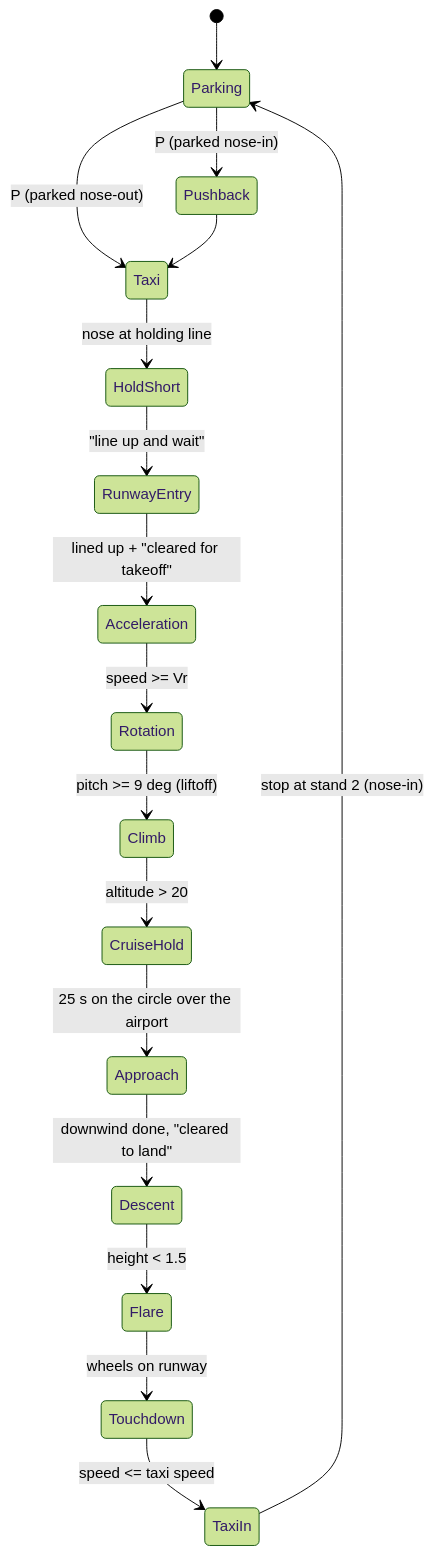
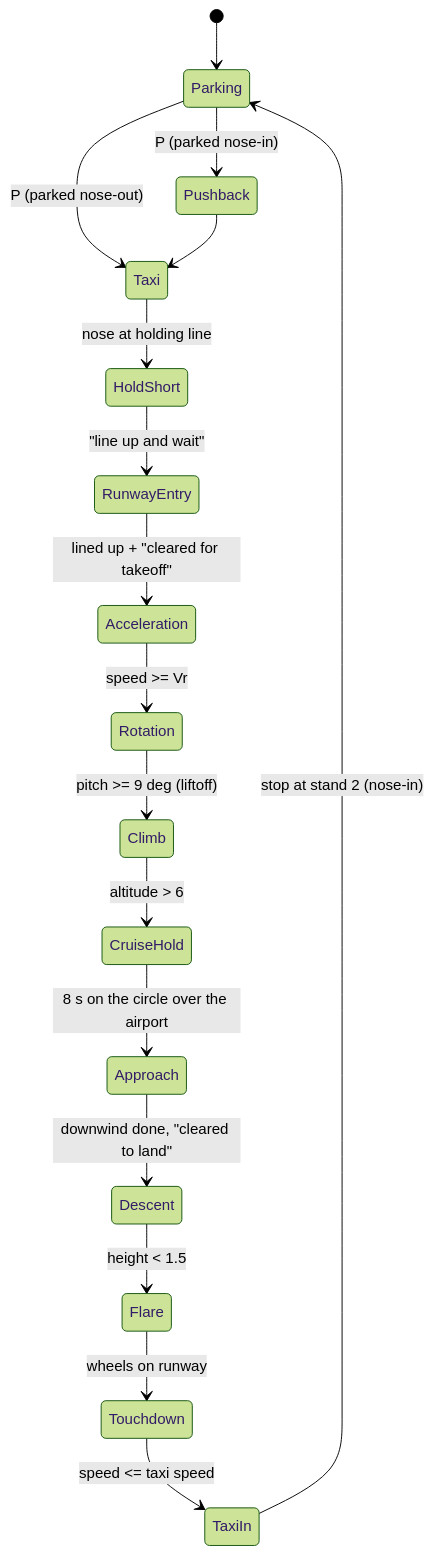
One commit to shishir-kuet/airport-atc-simulation-opengl changed the third of 5 diagrams in README.md. Above: the diagram before and after it, drawn with Mermaid (forest theme). The commit also changed other lines of this file and 1 other file, not shown here.

````diff
--- a/README.md
+++ b/README.md
@@ -332,19 +422,19 @@
 ```mermaid
 stateDiagram-v2
     [*] --> Parking
     Parking --> Pushback: P (parked nose-in)
     Parking --> Taxi: P (parked nose-out)
     Pushback --> Taxi
     Taxi --> HoldShort: nose at holding line
     HoldShort --> RunwayEntry: "line up and wait"
     RunwayEntry --> Acceleration: lined up + "cleared for takeoff"
     Acceleration --> Rotation: speed >= Vr
     Rotation --> Climb: pitch >= 9 deg (liftoff)
-    Climb --> CruiseHold: altitude > 20
-    CruiseHold --> Approach: 25 s on the circle over the airport
+    Climb --> CruiseHold: altitude > 6
+    CruiseHold --> Approach: 8 s on the circle over the airport
     Approach --> Descent: downwind done, "cleared to land"
     Descent --> Flare: height < 1.5
     Flare --> Touchdown: wheels on runway
     Touchdown --> TaxiIn: speed <= taxi speed
     TaxiIn --> Parking: stop at stand 2 (nose-in)
 ```
````
